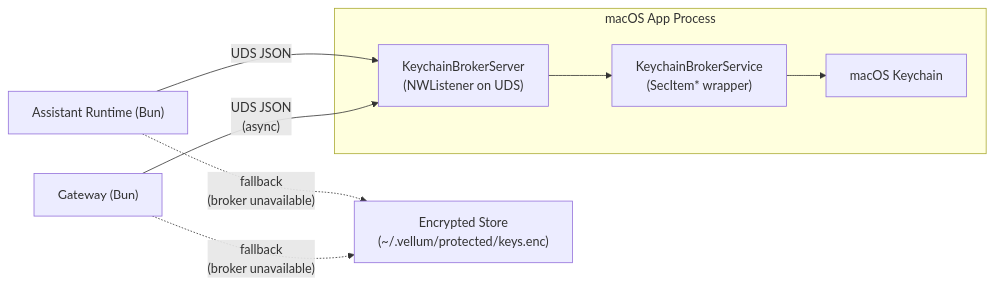
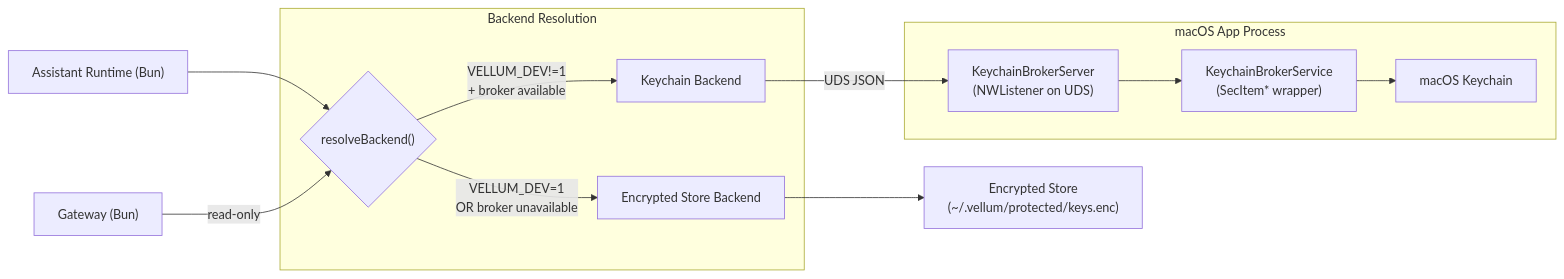
One commit to vellum-ai/vellum-assistant changed the diagram in assistant/docs/architecture/keychain-broker.md. Above: the diagram before and after it, drawn with Mermaid. The commit also changed other lines of this file, not shown here.

Commit message:
docs: document single-writer credential backend architecture

````diff
--- a/assistant/docs/architecture/keychain-broker.md
+++ b/assistant/docs/architecture/keychain-broker.md
@@ -23,15 +40,23 @@
 ```mermaid
 graph LR
     subgraph "macOS App Process"
         SERVER["KeychainBrokerServer<br/>(NWListener on UDS)"]
         SERVICE["KeychainBrokerService<br/>(SecItem* wrapper)"]
         SERVER --> SERVICE
         SERVICE --> KC["macOS Keychain"]
     end
 
-    RUNTIME["Assistant Runtime (Bun)"] -->|"UDS JSON"| SERVER
-    GATEWAY["Gateway (Bun)"] -->|"UDS JSON<br/>(async)"| SERVER
+    subgraph "Backend Resolution"
+        RESOLVE{"resolveBackend()"}
+        KB["Keychain Backend"]
+        EB["Encrypted Store Backend"]
+        RESOLVE -->|"VELLUM_DEV!=1<br/>+ broker available"| KB
+        RESOLVE -->|"VELLUM_DEV=1<br/>OR broker unavailable"| EB
+    end
 
-    RUNTIME -.->|"fallback<br/>(broker unavailable)"| ENC["Encrypted Store<br/>(~/.vellum/protected/keys.enc)"]
-    GATEWAY -.->|"fallback<br/>(broker unavailable)"| ENC
+    KB -->|"UDS JSON"| SERVER
+    RUNTIME["Assistant Runtime (Bun)"] --> RESOLVE
+    GATEWAY["Gateway (Bun)"] -->|"read-only"| RESOLVE
+
+    EB --> ENC["Encrypted Store<br/>(~/.vellum/protected/keys.enc)"]
 ```
````
